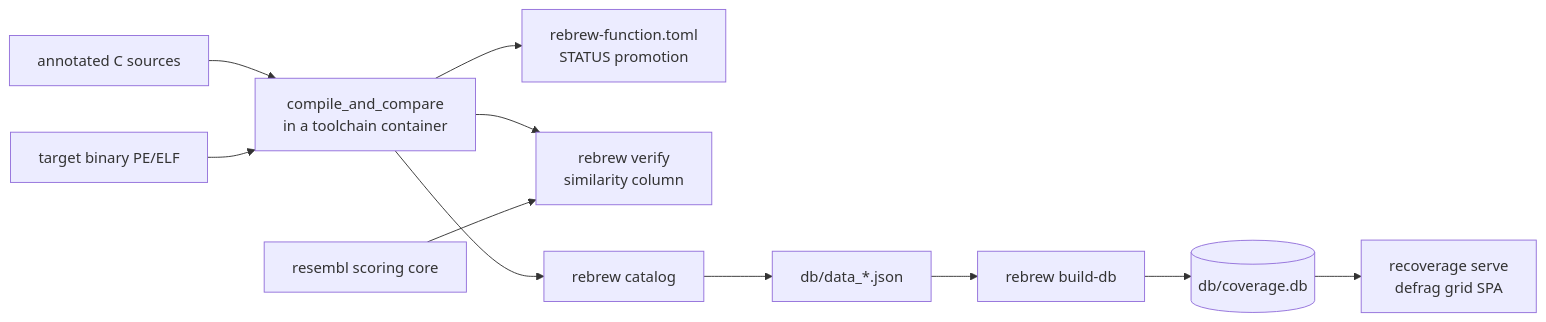
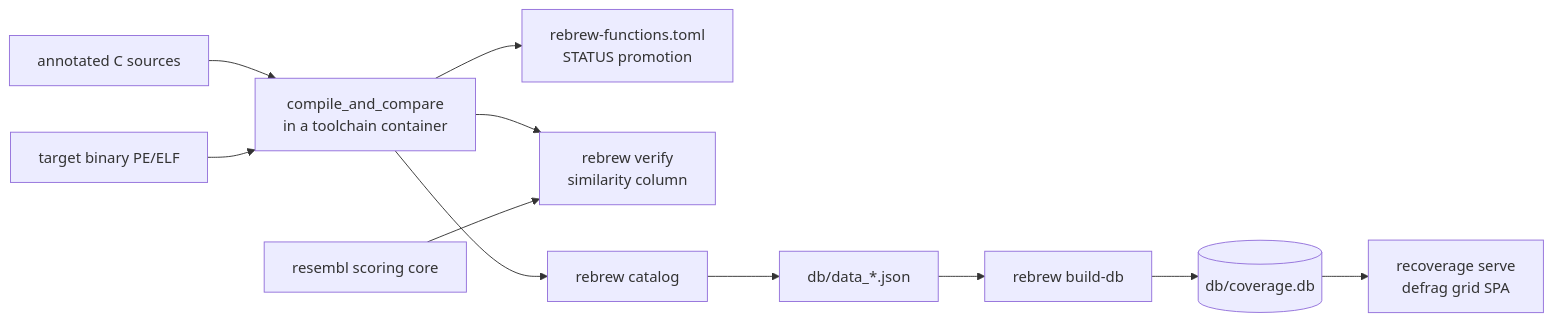
One commit to maci0/rebrew changed the third of 3 diagrams in docs/ECOSYSTEM.md. Above: the diagram before and after it, drawn with Mermaid. The commit also changed other lines of this file and 99 other files, not shown here.

First line of the commit message:
refactor: rename rebrew-function.toml -> rebrew-functions.toml

````diff
--- a/docs/ECOSYSTEM.md
+++ b/docs/ECOSYSTEM.md
@@ -282,13 +282,13 @@
 ```mermaid
 flowchart LR
     SRC["annotated C sources"] --> CMP["compile_and_compare<br/>in a toolchain container"]
     BIN["target binary PE/ELF"] --> CMP
-    CMP --> MET["rebrew-function.toml<br/>STATUS promotion"]
+    CMP --> MET["rebrew-functions.toml<br/>STATUS promotion"]
     CMP --> VFY["rebrew verify<br/>similarity column"]
     RES["resembl scoring core"] --> VFY
     CMP --> CAT["rebrew catalog"]
     CAT --> JSON["db/data_*.json"]
     JSON --> BDB["rebrew build-db"]
     BDB --> DB[("db/coverage.db")]
     DB --> DASH["recoverage serve<br/>defrag grid SPA"]
 ```
````
